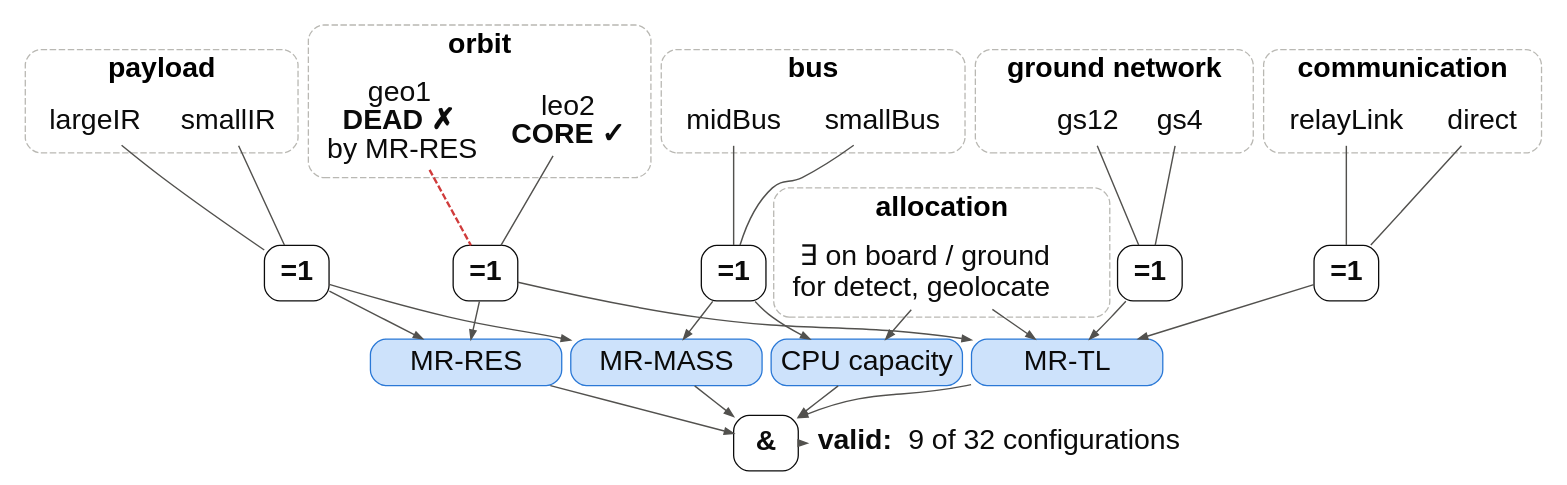
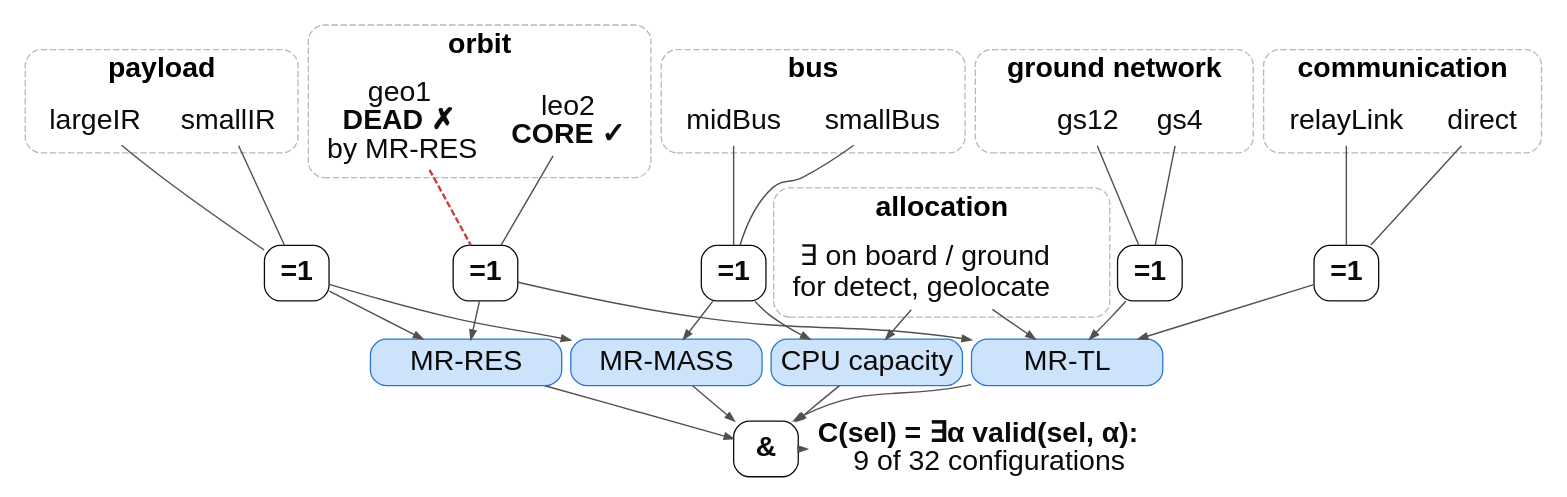
One commit to pedrokuk23/sysml_v2_circuitLogic changed the diagram in figures/fig_cfg.dot. Above: the diagram before and after it, drawn with Graphviz. The commit also changed 52 other files, not shown here.

```diff
--- a/figures/fig_cfg.dot
+++ b/figures/fig_cfg.dot
@@ -1,35 +1,35 @@
 digraph G {
 rankdir=TB; nodesep=0.1; ranksep=0.32; pad=0.05; newrank=true;
 node [fontname="Helvetica", fontsize=22, fontcolor="#0b0b0b"];
 edge [color="#52514e", penwidth=1.1, arrowsize=0.7];
 subgraph cluster_payload { label="payload"; fontname="Helvetica-Bold"; fontsize=22; style="rounded,dashed"; color="#b9b8b3"; margin=6;
  p1 [shape=plaintext, label="smallIR"]; p2 [shape=plaintext, label="largeIR"]; }
 subgraph cluster_orbit { label="orbit"; fontname="Helvetica-Bold"; fontsize=22; style="rounded,dashed"; color="#b9b8b3"; margin=6;
  o1 [shape=plaintext, label=<leo2<br/><b>CORE ✓</b>>]; o2 [shape=plaintext, label=<geo1<br/><b>DEAD ✗</b><br/><font point-size="22">by MR-RES</font>>]; }
 subgraph cluster_bus { label="bus"; fontname="Helvetica-Bold"; fontsize=22; style="rounded,dashed"; color="#b9b8b3"; margin=6;
  b1 [shape=plaintext, label="smallBus"]; b2 [shape=plaintext, label="midBus"]; }
 subgraph cluster_ground { label="ground network"; fontname="Helvetica-Bold"; fontsize=22; style="rounded,dashed"; color="#b9b8b3"; margin=6;
  g1 [shape=plaintext, label="gs4"]; g2 [shape=plaintext, label="gs12"]; }
 subgraph cluster_comm { label="communication"; fontname="Helvetica-Bold"; fontsize=22; style="rounded,dashed"; color="#b9b8b3"; margin=6;
  c1 [shape=plaintext, label="direct"]; c2 [shape=plaintext, label="relayLink"]; }
 subgraph cluster_alloc { label="allocation"; fontname="Helvetica-Bold"; fontsize=22; style="rounded,dashed"; color="#b9b8b3"; margin=6;
  a1 [shape=plaintext, label=<∃ on board / ground<br/>for detect, geolocate>]; }
 node [shape=box, width=0.7, height=0.6, fixedsize=true, style="rounded", fontname="Helvetica-Bold", fontsize=22, color="#0b0b0b"];
 ohp [label="=1"]; oho [label="=1"]; ohb [label="=1"]; ohg [label="=1"]; ohc [label="=1"];
 p1 -> ohp [arrowhead=none]; p2 -> ohp [arrowhead=none];
 o1 -> oho [arrowhead=none]; o2 -> oho [arrowhead=none, color="#d03b3b", penwidth=1.8, style=dashed];
 b1 -> ohb [arrowhead=none]; b2 -> ohb [arrowhead=none];
 g1 -> ohg [arrowhead=none]; g2 -> ohg [arrowhead=none];
 c1 -> ohc [arrowhead=none]; c2 -> ohc [arrowhead=none];
 node [shape=box, width=2.05, height=0.5, fixedsize=true, style="rounded,filled", fillcolor="#cde2fb", color="#2a78d6", fontname="Helvetica", fontsize=22];
 res [label="MR-RES"]; mass [label="MR-MASS"]; tl [label="MR-TL"]; cap [label="CPU capacity"];
 ohp -> res; oho -> res; ohp -> mass; ohb -> mass;
 oho -> tl; ohg -> tl; ohc -> tl; a1 -> tl; ohb -> cap; a1 -> cap;
 {rank=same; ohp; oho; ohb; ohg; ohc;}
 {rank=same; res; mass; tl; cap;}
 valid [shape=box, width=0.7, height=0.6, fixedsize=true, style="rounded", fillcolor=white, color="#0b0b0b", fontname="Helvetica-Bold", fontsize=22, label="&"];
 res -> valid; mass -> valid; tl -> valid; cap -> valid;
-out [shape=plaintext, fixedsize=false, style="", width=0, height=0, fontsize=22, label=<<b>valid:</b> 9 of 32 configurations>];
+out [shape=plaintext, fixedsize=false, style="", width=0, height=0, fontsize=22, label=<<b>C(sel) = ∃α valid(sel, α):</b><br/>9 of 32 configurations>];
 valid -> out [arrowsize=0.7];
 {rank=same; valid; out;}
 }
```
